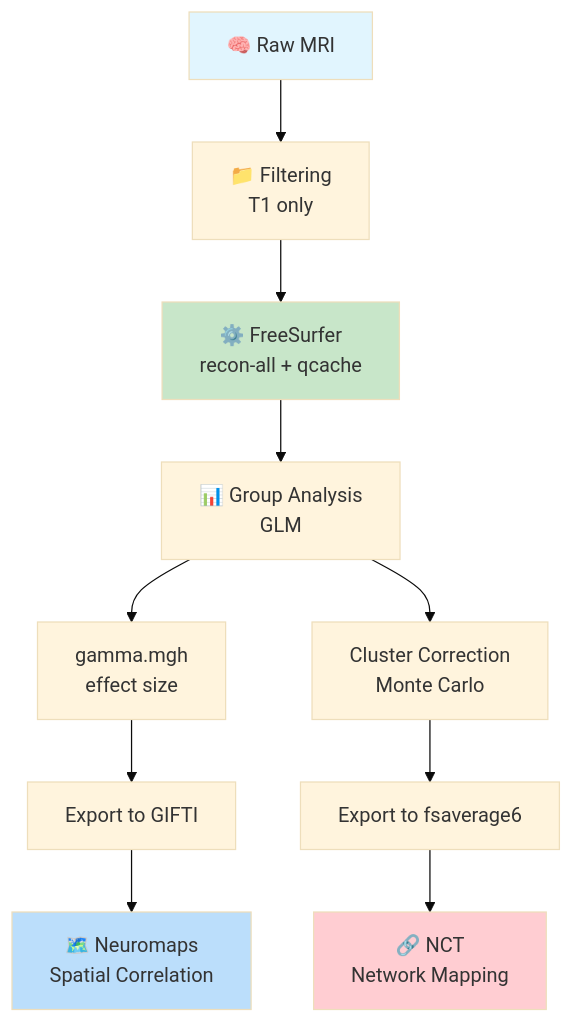
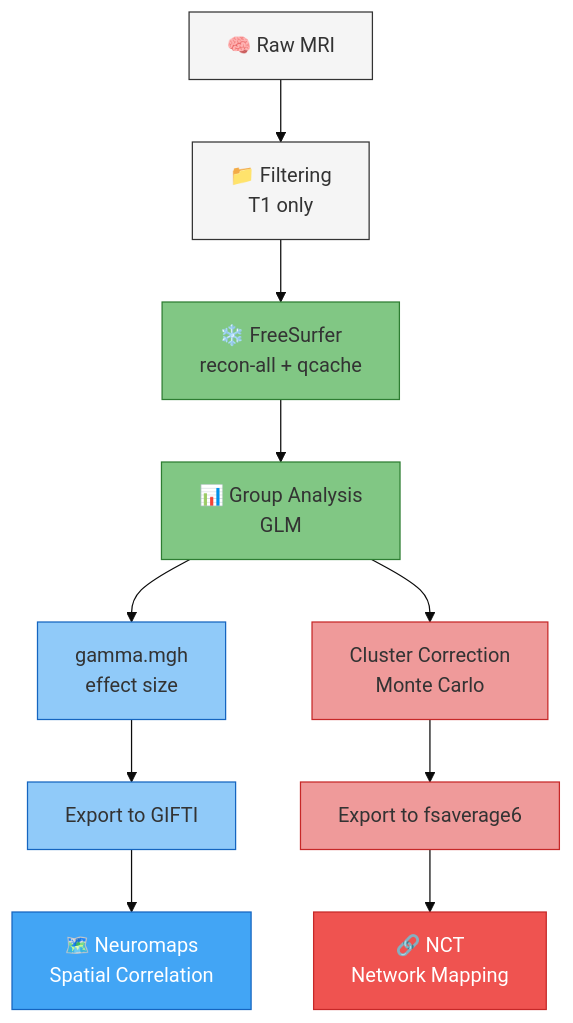
The diagram in README.md (luisAraujo11/Thesis), drawn with Mermaid (base theme) before and after one commit.

Commit message:
Final MD

````diff
--- a/README.md
+++ b/README.md
@@ -35,20 +35,26 @@
 ```mermaid
 flowchart TD
     A[🧠 Raw MRI] --> B[📁 Filtering<br/>T1 only]
-    B --> C[⚙️ FreeSurfer<br/>recon-all + qcache]
+    B --> C[❄️ FreeSurfer<br/>recon-all + qcache]
     C --> D[📊 Group Analysis<br/>GLM]
     
     D --> E[gamma.mgh<br/>effect size]
     D --> F[Cluster Correction<br/>Monte Carlo]
     
     E --> G[Export to GIFTI]
     F --> H[Export to fsaverage6]
     
     G --> I[🗺️ Neuromaps<br/>Spatial Correlation]
     H --> J[🔗 NCT<br/>Network Mapping]
     
-    style A fill:#e1f5fe
-    style C fill:#c8e6c9
-    style I fill:#bbdefb
-    style J fill:#ffcdd2
+    style A fill:#f5f5f5,stroke:#333
+    style B fill:#f5f5f5,stroke:#333
+    style C fill:#81c784,stroke:#2e7d32
+    style D fill:#81c784,stroke:#2e7d32
+    style E fill:#90caf9,stroke:#1565c0
+    style F fill:#ef9a9a,stroke:#c62828
+    style G fill:#90caf9,stroke:#1565c0
+    style H fill:#ef9a9a,stroke:#c62828
+    style I fill:#42a5f5,stroke:#1565c0,color:#fff
+    style J fill:#ef5350,stroke:#c62828,color:#fff
 ```
````
